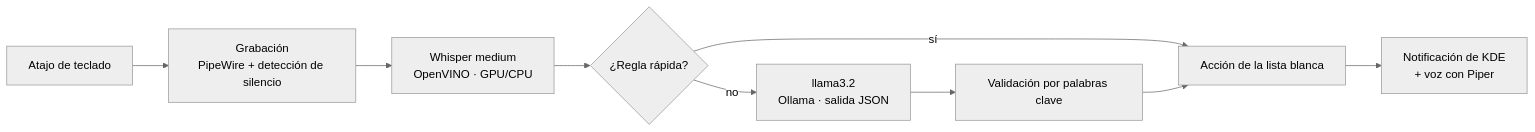
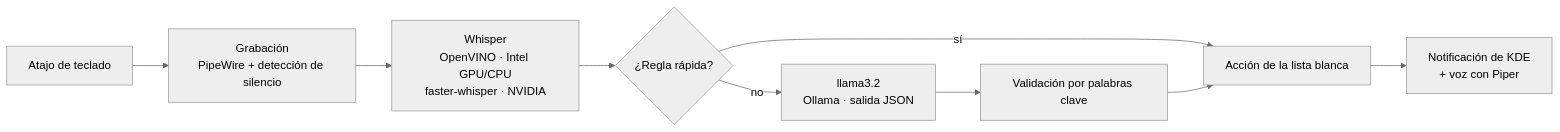
The diagram in README.md (frantsiles/asistente-voz), drawn with Mermaid (neutral theme) before and after one commit. The commit also changed other lines of this file and 6 other files, not shown here.

First line of the commit message:
Soporte para GPU NVIDIA y Arch Linux

````diff
--- a/README.md
+++ b/README.md
@@ -7,10 +7,10 @@
 ```mermaid
 flowchart LR
     A[Atajo de teclado] --> B[Grabación<br/>PipeWire + detección de silencio]
-    B --> C[Whisper medium<br/>OpenVINO · GPU/CPU]
+    B --> C[Whisper<br/>OpenVINO · Intel GPU/CPU<br/>faster-whisper · NVIDIA]
     C --> D{¿Regla rápida?}
     D -- sí --> F[Acción de la lista blanca]
     D -- no --> E[llama3.2<br/>Ollama · salida JSON]
     E --> V[Validación por palabras clave] --> F
     F --> G[Notificación de KDE<br/>+ voz con Piper]
 ```
````
